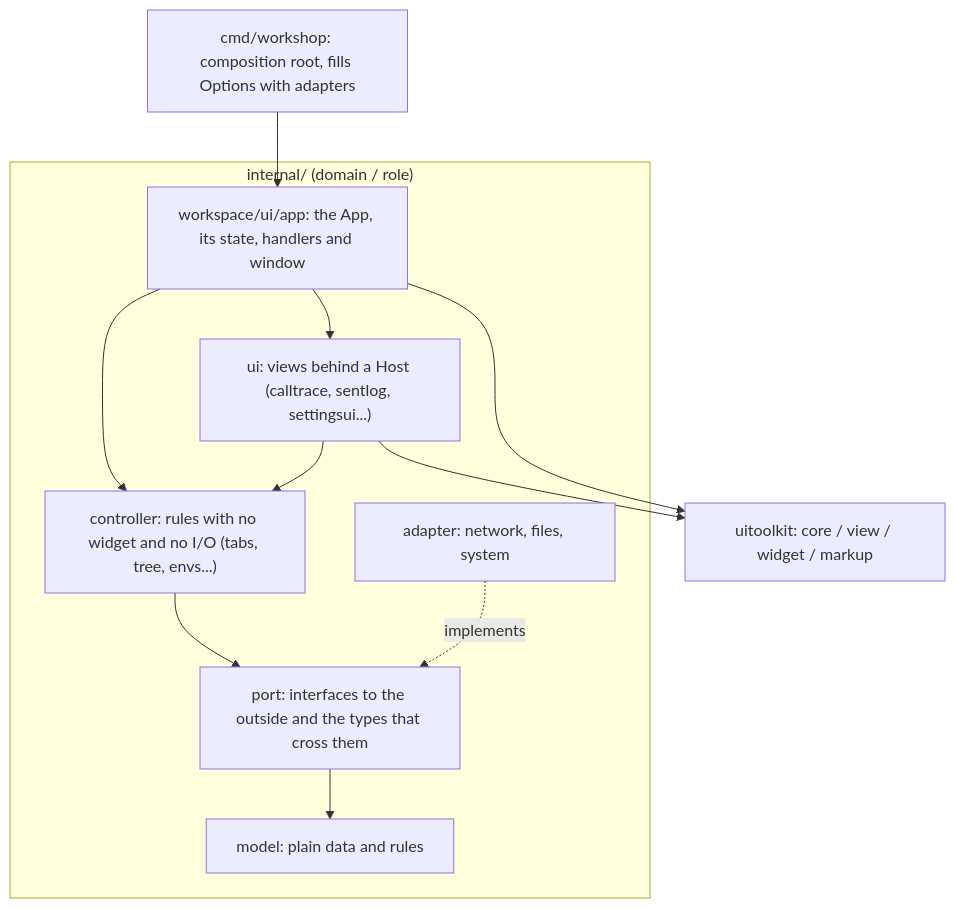
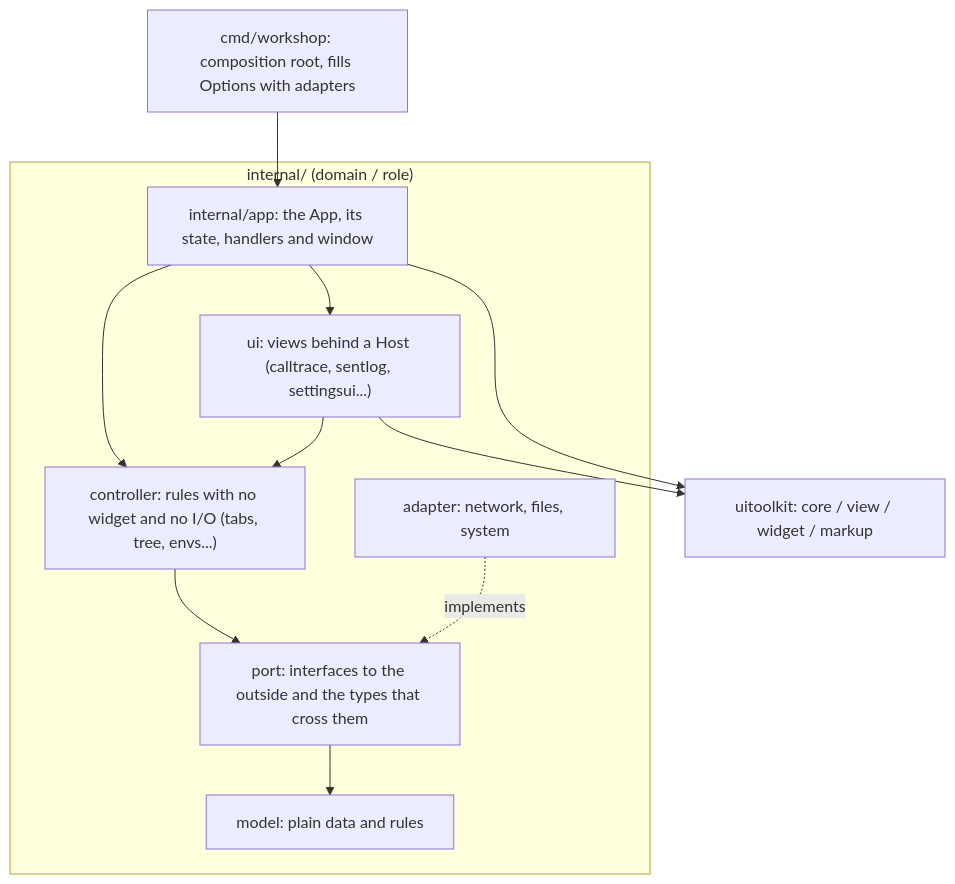
The diagram in .harness/overview.md (gascoigne-ai/gascoigne-workshop), drawn with Mermaid before and after one commit. The commit also changed other lines of this file and 410 other files, not shown here.

First line of the commit message:
refactor(app): move the App to internal/app

````diff
--- a/.harness/overview.md
+++ b/.harness/overview.md
@@ -28,16 +28,16 @@
 ```mermaid
 flowchart TB
   cmd["cmd/workshop: composition root, fills Options with adapters"] --> app
   subgraph internal["internal/ (domain / role)"]
-    app["workspace/ui/app: the App, its state, handlers and window"]
+    app["internal/app: the App, its state, handlers and window"]
     ui["ui: views behind a Host (calltrace, sentlog, settingsui...)"]
     ctl["controller: rules with no widget and no I/O (tabs, tree, envs...)"]
     port["port: interfaces to the outside and the types that cross them"]
     model["model: plain data and rules"]
     adapter["adapter: network, files, system"]
   end
   app --> ui & ctl
   ui --> ctl --> port --> model
   adapter -. implements .-> port
   ui & app --> toolkit["uitoolkit: core / view / widget / markup"]
 ```
````
